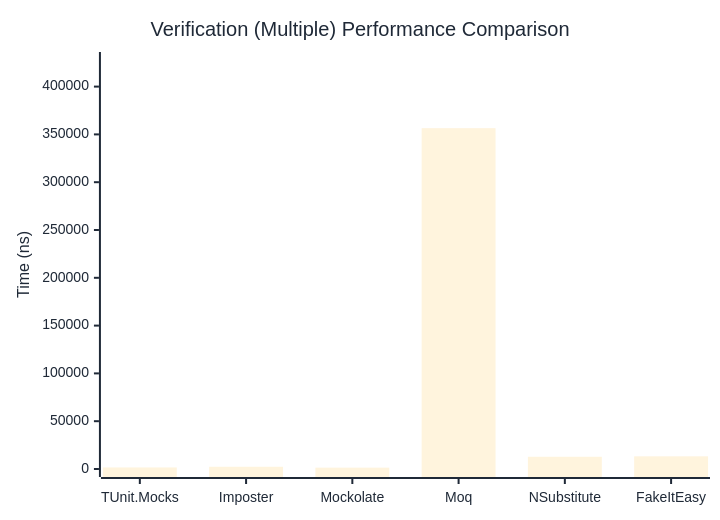
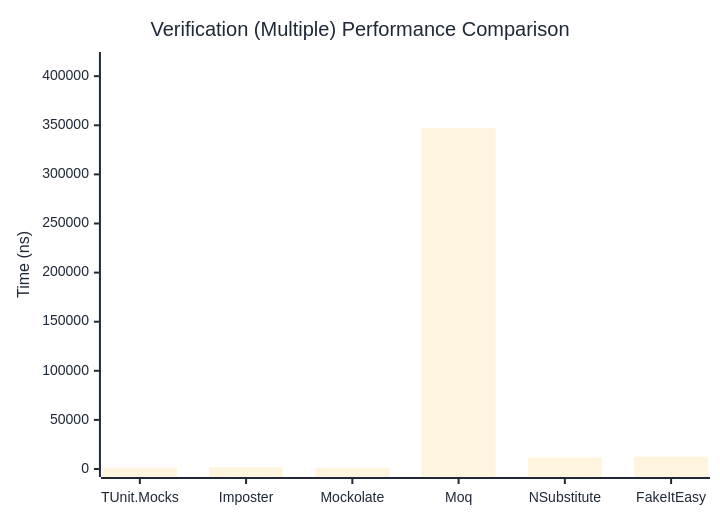
Before and after one commit to thomhurst/TUnit: the third of 3 diagrams in docs/docs/benchmarks/mocks/Verification.md, drawn with Mermaid. The commit also changed other lines of this file and 14 other files, not shown here.

````diff
--- a/docs/docs/benchmarks/mocks/Verification.md
+++ b/docs/docs/benchmarks/mocks/Verification.md
@@ -112,27 +112,27 @@
 ```mermaid
 %%{init: {
   'theme':'base',
   'themeVariables': {
     'primaryColor': '#2563eb',
     'primaryTextColor': '#1f2937',
     'primaryBorderColor': '#1e40af',
     'lineColor': '#6b7280',
     'secondaryColor': '#7c3aed',
     'tertiaryColor': '#dc2626',
     'background': '#ffffff',
     'pie1': '#2563eb',
     'pie2': '#7c3aed',
     'pie3': '#dc2626',
     'pie4': '#f59e0b',
     'pie5': '#10b981',
     'pie6': '#06b6d4',
     'pie7': '#ec4899',
     'pie8': '#6366f1'
   }
 }}%%
 xychart-beta
   title "Verification (Multiple) Performance Comparison"
   x-axis ["TUnit.Mocks", "Imposter", "Mockolate", "Moq", "NSubstitute", "FakeItEasy"]
-  y-axis "Time (ns)" 0 --> 427822
-  bar [1638.65, 2347.77, 1414.07, 356518.29, 12792.53, 13248.07]
+  y-axis "Time (ns)" 0 --> 416492
+  bar [1319.37, 1828.24, 1156.86, 347076.46, 11679.69, 12538.31]
 ```
````
